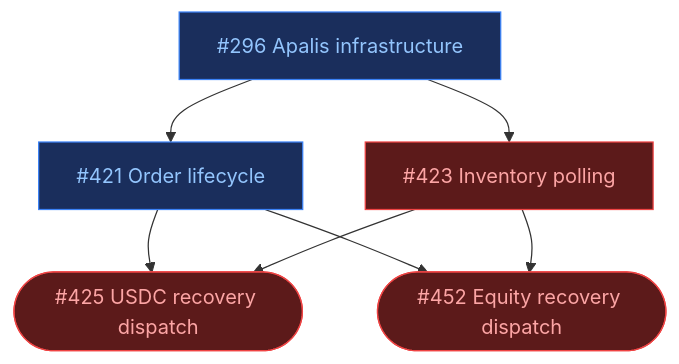
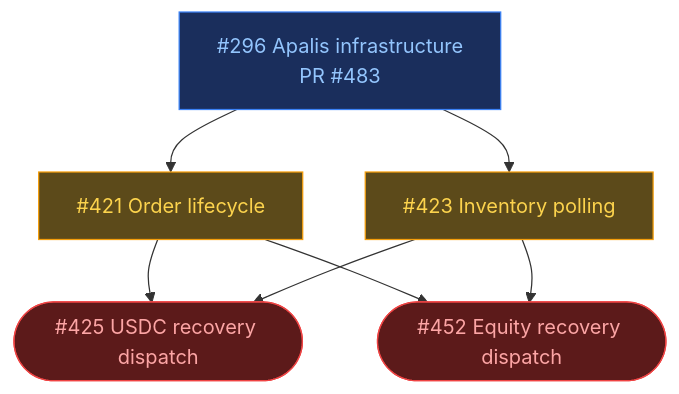
Before and after one commit to ST0x-Technology/st0x.liquidity: the third of 8 diagrams in ROADMAP.md, drawn with Mermaid. The commit also changed other lines of this file, not shown here.

Commit message:
roadmap: add 'ready' state for stackable dependencies, re-evaluate all graphs

````diff
--- a/ROADMAP.md
+++ b/ROADMAP.md
@@ -121,19 +130,20 @@
 ```mermaid
 graph TD
     classDef wip fill:#1a2e5c,stroke:#3b82f6,color:#93c5fd
+    classDef ready fill:#5c4a1a,stroke:#f59e0b,color:#fcd34d
     classDef blocked fill:#5c1a1a,stroke:#ef4444,color:#fca5a5
 
-    id296["#296 Apalis infrastructure"]:::wip
-    id421["#421 Order lifecycle"]:::wip
-    id423["#423 Inventory polling"]:::blocked
+    id296["#296 Apalis infrastructure<br/>PR #483"]:::wip
+    id421["#421 Order lifecycle"]:::ready
+    id423["#423 Inventory polling"]:::ready
     id425(["#425 USDC recovery dispatch"]):::blocked
     id452(["#452 Equity recovery dispatch"]):::blocked
 
     id296 --> id421 & id423 --> id425 & id452
 
     click id296 href "https://github.com/ST0x-Technology/st0x.liquidity/issues/296"
     click id421 href "https://github.com/ST0x-Technology/st0x.liquidity/issues/421"
     click id423 href "https://github.com/ST0x-Technology/st0x.liquidity/issues/423"
     click id425 href "https://github.com/ST0x-Technology/st0x.liquidity/issues/425"
     click id452 href "https://github.com/ST0x-Technology/st0x.liquidity/issues/452"
 ```
````
